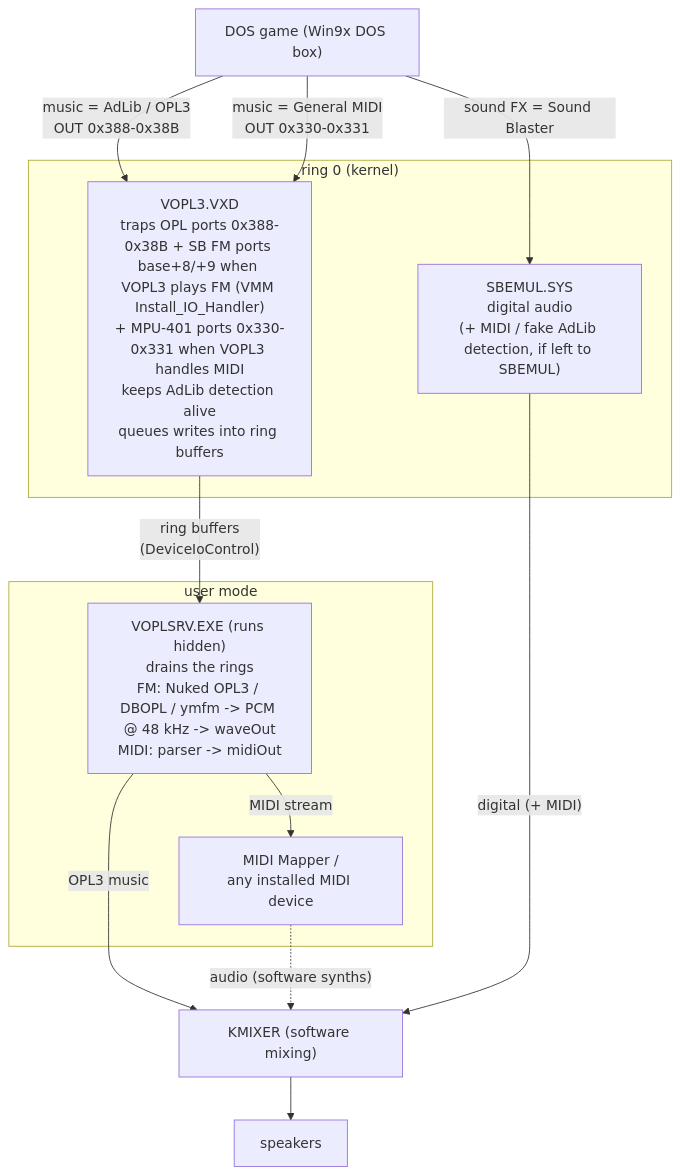
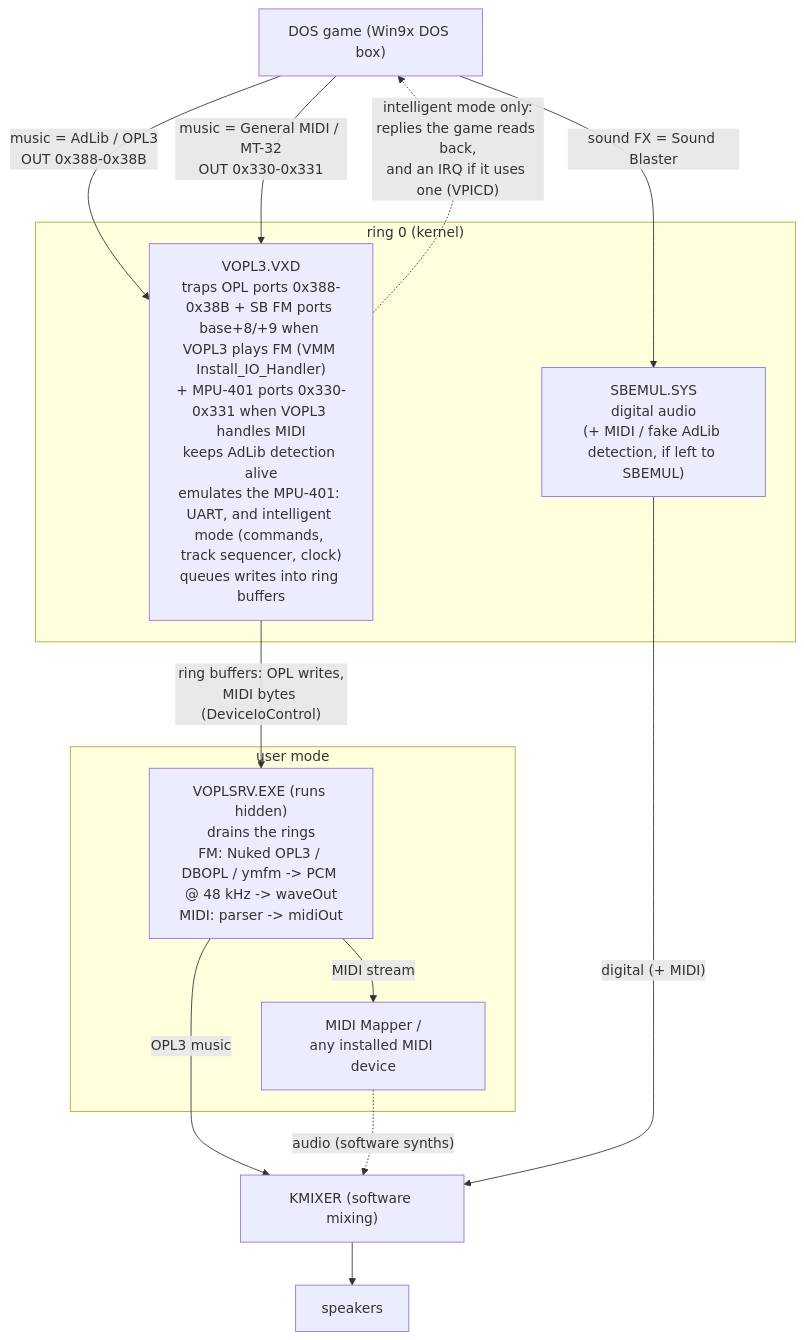
Before and after one commit to sdz-mods/VOPL3: the diagram in README.md, drawn with Mermaid. The commit also changed other lines of this file and 8 other files, not shown here.

Commit message:
vxd, renderer, gui: emulate MPU-401 intelligent mode

````diff
--- a/README.md
+++ b/README.md
@@ -49,24 +54,25 @@
 ```mermaid
 flowchart TD
     G["DOS game (Win9x DOS box)"]
 
     subgraph k["ring 0 (kernel)"]
-        VXD["VOPL3.VXD<br/>traps OPL ports 0x388-0x38B + SB FM ports base+8/+9 when VOPL3 plays FM (VMM Install_IO_Handler)<br/>+ MPU-401 ports 0x330-0x331 when VOPL3 handles MIDI<br/>keeps AdLib detection alive<br/>queues writes into ring buffers"]
+        VXD["VOPL3.VXD<br/>traps OPL ports 0x388-0x38B + SB FM ports base+8/+9 when VOPL3 plays FM (VMM Install_IO_Handler)<br/>+ MPU-401 ports 0x330-0x331 when VOPL3 handles MIDI<br/>keeps AdLib detection alive<br/>emulates the MPU-401: UART, and intelligent mode (commands, track sequencer, clock)<br/>queues writes into ring buffers"]
         SB["SBEMUL.SYS<br/>digital audio<br/>(+ MIDI / fake AdLib detection, if left to SBEMUL)"]
     end
 
     subgraph u["user mode"]
         SRV["VOPLSRV.EXE (runs hidden)<br/>drains the rings<br/>FM: Nuked OPL3 / DBOPL / ymfm -> PCM @ 48 kHz -> waveOut<br/>MIDI: parser -> midiOut"]
         SYN["MIDI Mapper /<br/>any installed MIDI device"]
     end
 
     G -- "music = AdLib / OPL3<br/>OUT 0x388-0x38B" --> VXD
-    G -- "music = General MIDI<br/>OUT 0x330-0x331" --> VXD
+    G -- "music = General MIDI / MT-32<br/>OUT 0x330-0x331" --> VXD
+    VXD -. "intelligent mode only:<br/>replies the game reads back,<br/>and an IRQ if it uses one (VPICD)" .-> G
     G -- "sound FX = Sound Blaster" --> SB
-    VXD -- "ring buffers<br/>(DeviceIoControl)" --> SRV
+    VXD -- "ring buffers: OPL writes,<br/>MIDI bytes (DeviceIoControl)" --> SRV
     SRV -- "OPL3 music" --> KMIX["KMIXER (software mixing)"]
     SRV -- "MIDI stream" --> SYN
     SYN -. "audio (software synths)" .-> KMIX
     SB -- "digital (+ MIDI)" --> KMIX
     KMIX --> SPK["speakers"]
 ```
````
